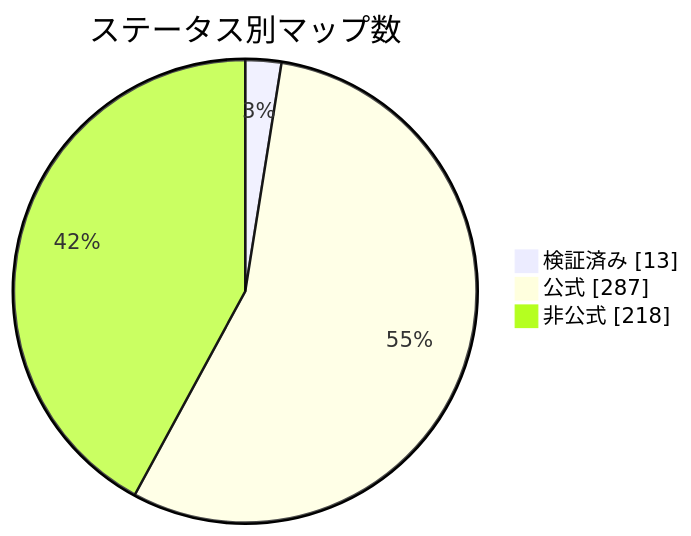
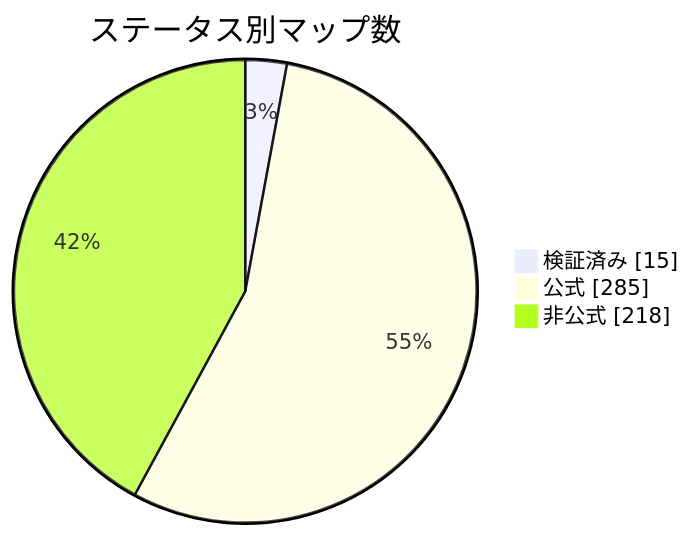
The diagram in docs/readme/README_JP.md (nobrega8/mbmap-library), drawn with Mermaid before and after one commit. The commit also changed 6 other files, not shown here.

````diff
--- a/docs/readme/README_JP.md
+++ b/docs/readme/README_JP.md
@@ -54,7 +54,7 @@
 ```mermaid
 pie showData
     title ステータス別マップ数
-    "検証済み" : 13
-    "公式" : 287
+    "検証済み" : 15
+    "公式" : 285
     "非公式" : 218
 ```
````
